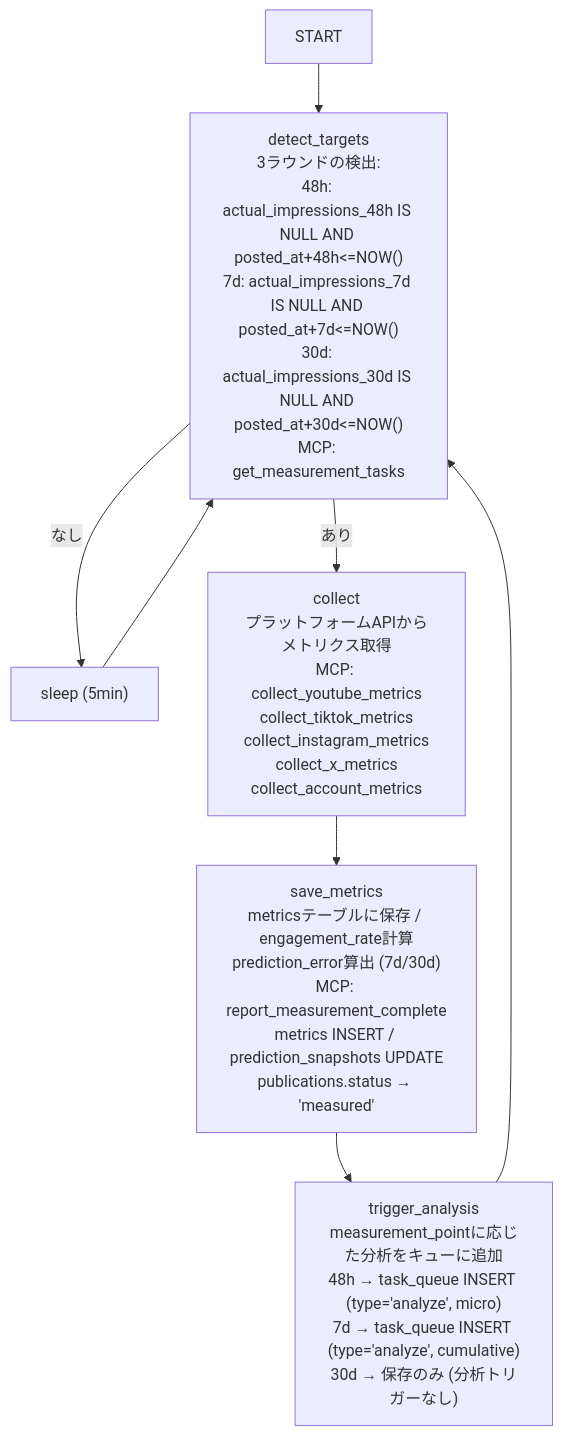
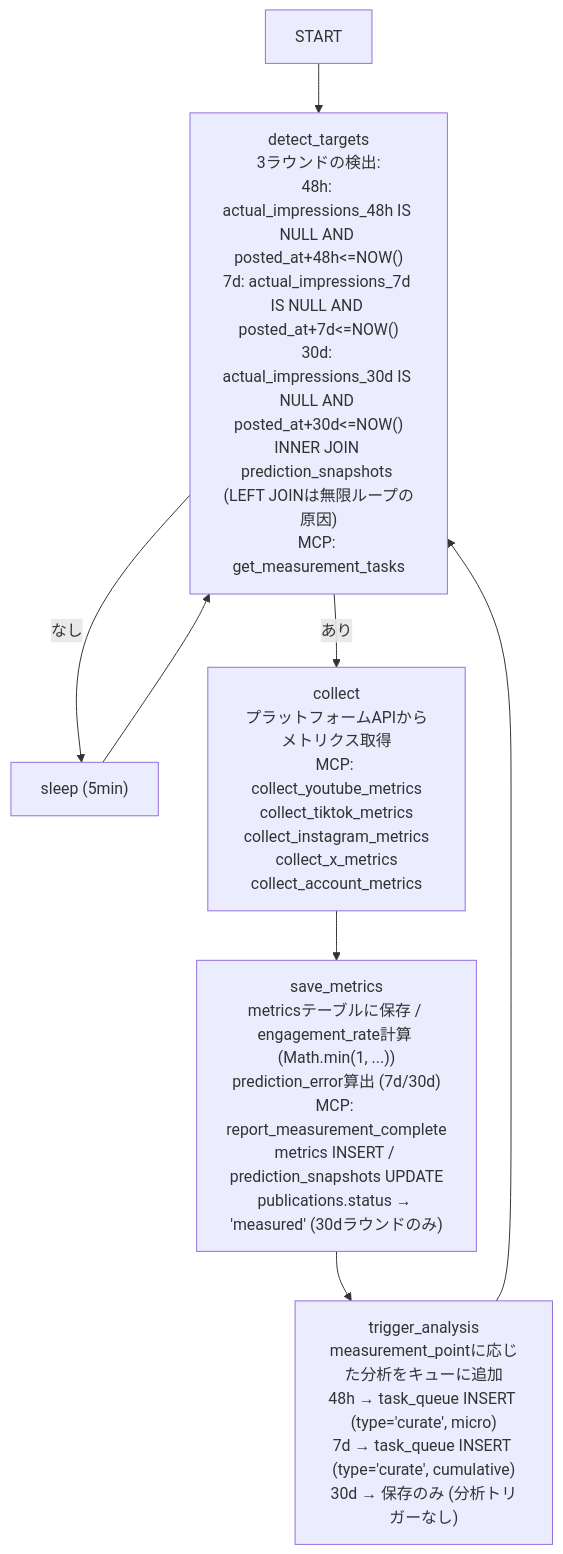
One commit to Ceed-dev/ai-influencer changed the eighth of 23 diagrams in docs/v5-specification/04-agent-design.md. Above: the diagram before and after it, drawn with Mermaid. The commit also changed other lines of this file and 3 other files, not shown here.

````diff
--- a/docs/v5-specification/04-agent-design.md
+++ b/docs/v5-specification/04-agent-design.md
@@ -1394,17 +1394,17 @@
 ```mermaid
 flowchart TB
     START["START"]
-    DT["detect_targets<br/>3ラウンドの検出:<br/>48h: actual_impressions_48h IS NULL AND posted_at+48h<=NOW()<br/>7d: actual_impressions_7d IS NULL AND posted_at+7d<=NOW()<br/>30d: actual_impressions_30d IS NULL AND posted_at+30d<=NOW()<br/>MCP: get_measurement_tasks"]
+    DT["detect_targets<br/>3ラウンドの検出:<br/>48h: actual_impressions_48h IS NULL AND posted_at+48h<=NOW()<br/>7d: actual_impressions_7d IS NULL AND posted_at+7d<=NOW()<br/>30d: actual_impressions_30d IS NULL AND posted_at+30d<=NOW()<br/>INNER JOIN prediction_snapshots (LEFT JOINは無限ループの原因)<br/>MCP: get_measurement_tasks"]
     SL["sleep (5min)"]
     COL["collect<br/>プラットフォームAPIからメトリクス取得<br/>MCP: collect_youtube_metrics<br/>collect_tiktok_metrics<br/>collect_instagram_metrics<br/>collect_x_metrics<br/>collect_account_metrics"]
-    SM["save_metrics<br/>metricsテーブルに保存 / engagement_rate計算<br/>prediction_error算出 (7d/30d)<br/>MCP: report_measurement_complete<br/>metrics INSERT / prediction_snapshots UPDATE<br/>publications.status → 'measured'"]
-    TA["trigger_analysis<br/>measurement_pointに応じた分析をキューに追加<br/>48h → task_queue INSERT (type='analyze', micro)<br/>7d → task_queue INSERT (type='analyze', cumulative)<br/>30d → 保存のみ (分析トリガーなし)"]
+    SM["save_metrics<br/>metricsテーブルに保存 / engagement_rate計算 (Math.min(1, ...))<br/>prediction_error算出 (7d/30d)<br/>MCP: report_measurement_complete<br/>metrics INSERT / prediction_snapshots UPDATE<br/>publications.status → 'measured' (30dラウンドのみ)"]
+    TA["trigger_analysis<br/>measurement_pointに応じた分析をキューに追加<br/>48h → task_queue INSERT (type='curate', micro)<br/>7d → task_queue INSERT (type='curate', cumulative)<br/>30d → 保存のみ (分析トリガーなし)"]
 
     START --> DT
     DT -- "なし" --> SL
     SL --> DT
     DT -- "あり" --> COL
     COL --> SM
     SM --> TA
     TA --> DT
 ```
````
